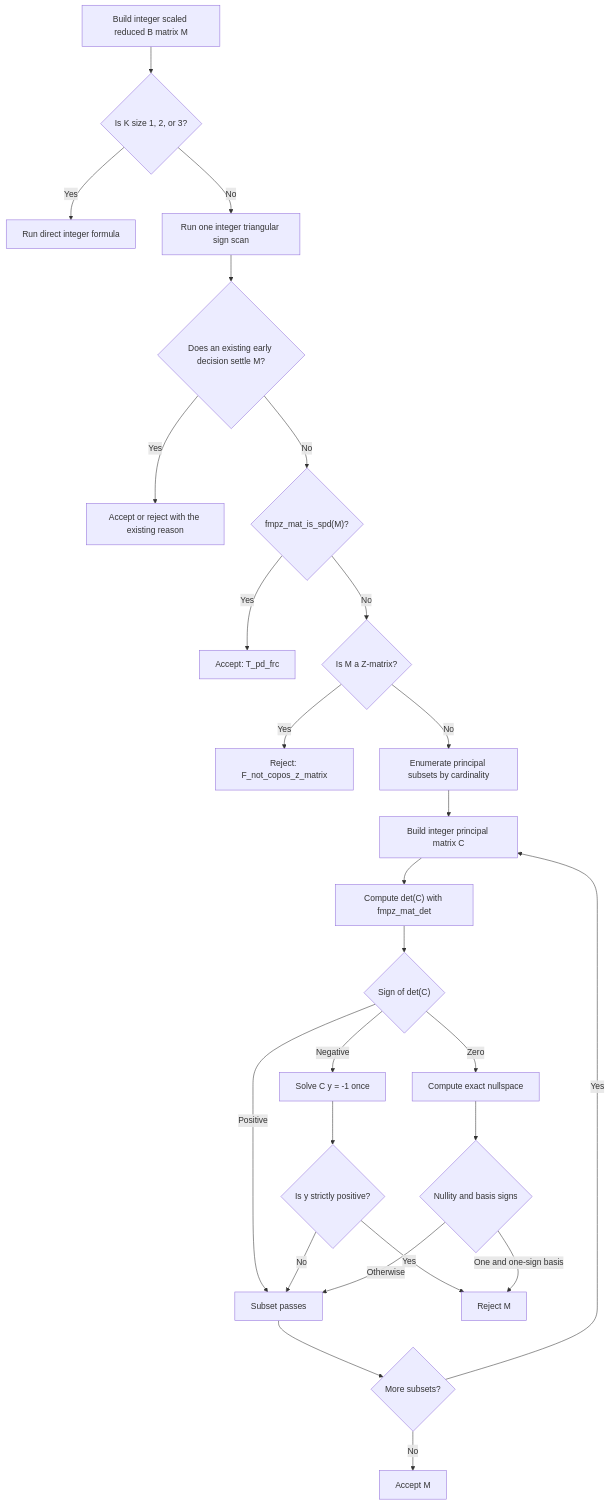
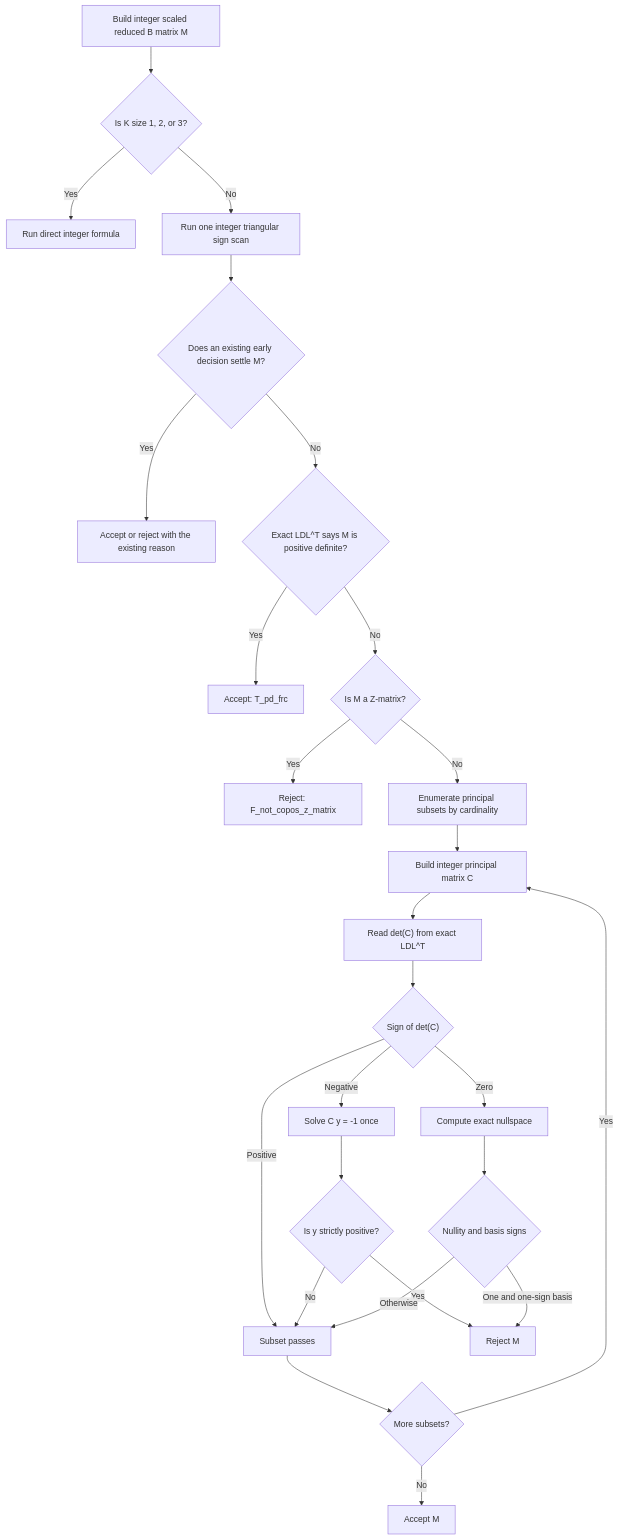
Before and after one commit to reinhardullrich/FracESSA: the diagram in aidocs/plans/INTEGER_STABILITY_COPOSITIVITY.md, drawn with Mermaid. The commit also changed other lines of this file and 14 other files, not shown here.

````diff
--- a/aidocs/plans/INTEGER_STABILITY_COPOSITIVITY.md
+++ b/aidocs/plans/INTEGER_STABILITY_COPOSITIVITY.md
@@ -423,28 +427,28 @@
 ```mermaid
 flowchart TD
     A["Build integer scaled reduced B matrix M"] --> B{"Is K size 1, 2, or 3?"}
     B -- "Yes" --> C["Run direct integer formula"]
     B -- "No" --> D["Run one integer triangular sign scan"]
     D --> E{"Does an existing early decision settle M?"}
     E -- "Yes" --> F["Accept or reject with the existing reason"]
-    E -- "No" --> G{"fmpz_mat_is_spd(M)?"}
+    E -- "No" --> G{"Exact LDL^T says M is positive definite?"}
     G -- "Yes" --> H["Accept: T_pd_frc"]
     G -- "No" --> I{"Is M a Z-matrix?"}
     I -- "Yes" --> J["Reject: F_not_copos_z_matrix"]
     I -- "No" --> K["Enumerate principal subsets by cardinality"]
     K --> L["Build integer principal matrix C"]
-    L --> M["Compute det(C) with fmpz_mat_det"]
+    L --> M["Read det(C) from exact LDL^T"]
     M --> N{"Sign of det(C)"}
     N -- "Positive" --> P["Subset passes"]
     N -- "Negative" --> Q["Solve C y = -1 once"]
     Q --> R{"Is y strictly positive?"}
     R -- "Yes" --> S["Reject M"]
     R -- "No" --> P
     N -- "Zero" --> T["Compute exact nullspace"]
     T --> U{"Nullity and basis signs"}
     U -- "One and one-sign basis" --> S
     U -- "Otherwise" --> P
     P --> V{"More subsets?"}
     V -- "Yes" --> L
     V -- "No" --> W["Accept M"]
 ```
````
